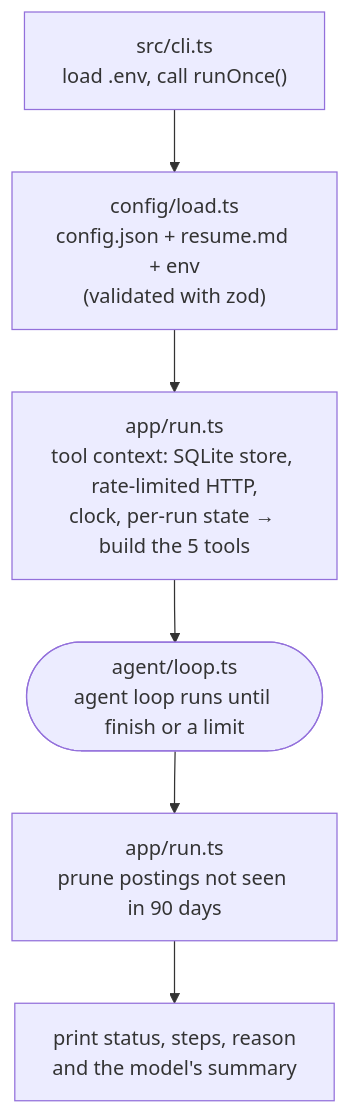
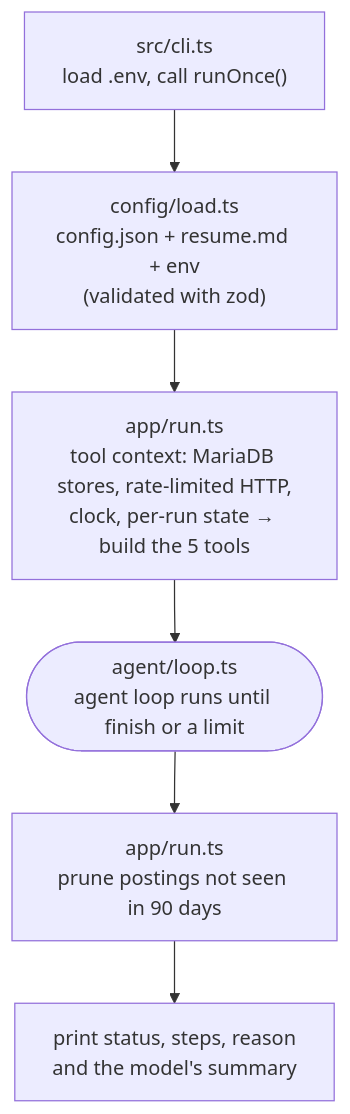
Before and after one commit to risingfish/myjobbot: the first of 7 diagrams in README.md, drawn with Mermaid. The commit also changed other lines of this file and 102 other files, not shown here.

````diff
--- a/README.md
+++ b/README.md
@@ -156,9 +188,9 @@
 ```mermaid
 flowchart TD
     CLI["src/cli.ts<br/>load .env, call runOnce()"] --> CFG
     CFG["config/load.ts<br/>config.json + resume.md + env<br/>(validated with zod)"] --> CTX
-    CTX["app/run.ts<br/>tool context: SQLite store, rate-limited HTTP,<br/>clock, per-run state → build the 5 tools"] --> LOOP
+    CTX["app/run.ts<br/>tool context: MariaDB stores, rate-limited HTTP,<br/>clock, per-run state → build the 5 tools"] --> LOOP
     LOOP(["agent/loop.ts<br/>agent loop runs until finish or a limit"]) --> PRUNE
     PRUNE["app/run.ts<br/>prune postings not seen in 90 days"] --> OUT
     OUT["print status, steps, reason<br/>and the model's summary"]
 ```
````
